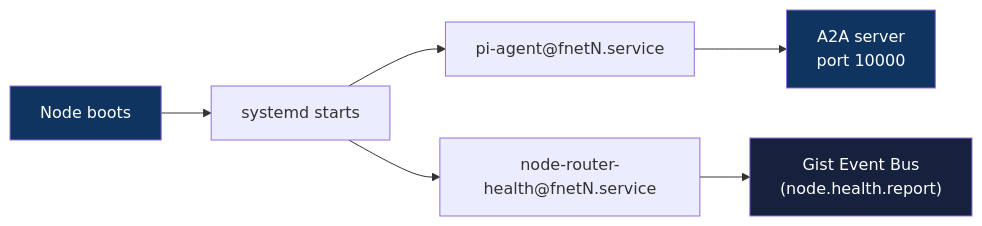
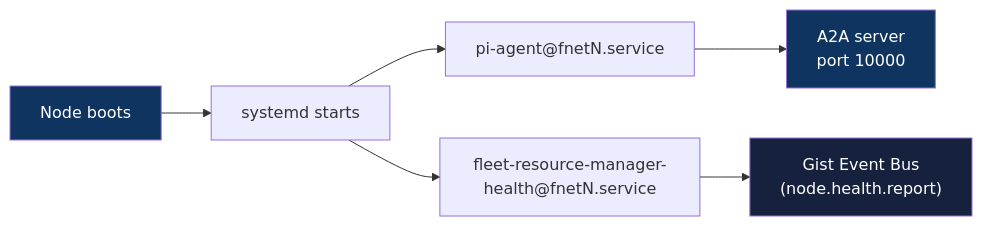
Before and after one commit to carlosfrias/pi-a2a-communication: the fifth of 10 diagrams in wiki/pi-a2a-communication/reference/architecture-and-executive-report.md, drawn with Mermaid. The commit also changed other lines of this file and 16 other files, not shown here.

First line of the commit message:
v0.4.0: PiSessionTaskHandler, fleet profiles, A2A playbooks, node-router archived

````diff
--- a/wiki/pi-a2a-communication/reference/architecture-and-executive-report.md
+++ b/wiki/pi-a2a-communication/reference/architecture-and-executive-report.md
@@ -243,12 +243,12 @@
 ```mermaid
 graph LR
     BOOT["Node boots"] --> SYSTEMD["systemd starts"]
     SYSTEMD --> PI_AGENT["pi-agent@fnetN.service"]
-    SYSTEMD --> HEALTH["node-router-health@fnetN.service"]
+    SYSTEMD --> HEALTH["fleet-resource-manager-health@fnetN.service"]
     PI_AGENT --> A2A["A2A server<br/>port 10000"]
     HEALTH --> GIST["Gist Event Bus<br/>(node.health.report)"]
     
     style BOOT fill:#0f3460,color:#fff
     style A2A fill:#0f3460,color:#fff
     style GIST fill:#16213e,color:#fff
 ```
````
